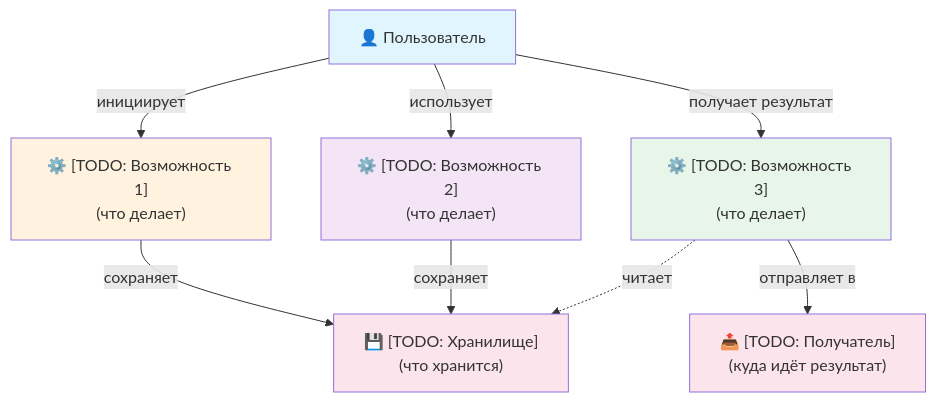
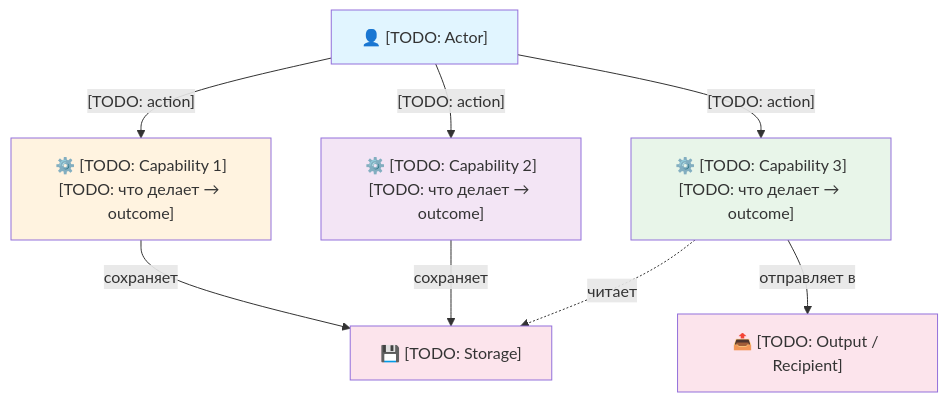
Before and after one commit to cait-solutions/it-dev-methodology: the first of 4 diagrams in templates/USER-MAP.template.md, drawn with Mermaid. The commit also changed other lines of this file and 3 other files, not shown here.

First line of the commit message:
feat(template): USER-MAP redesign 8 sections + universal action model v4.10.0

````diff
--- a/templates/USER-MAP.template.md
+++ b/templates/USER-MAP.template.md
@@ -59,21 +67,21 @@
 ```mermaid
 graph TD
-    User["👤 Пользователь"]
+    User["👤 [TODO: Actor]"]
 
-    User -->|"инициирует"| Cap1["⚙️ [TODO: Возможность 1]<br/>(что делает)"]
-    User -->|"использует"| Cap2["⚙️ [TODO: Возможность 2]<br/>(что делает)"]
-    User -->|"получает результат"| Cap3["⚙️ [TODO: Возможность 3]<br/>(что делает)"]
+    User -->|"[TODO: action]"| Cap1["⚙️ [TODO: Capability 1]<br/>[TODO: что делает → outcome]"]
+    User -->|"[TODO: action]"| Cap2["⚙️ [TODO: Capability 2]<br/>[TODO: что делает → outcome]"]
+    User -->|"[TODO: action]"| Cap3["⚙️ [TODO: Capability 3]<br/>[TODO: что делает → outcome]"]
 
-    Cap1 -->|"сохраняет"| Storage["💾 [TODO: Хранилище]<br/>(что хранится)"]
+    Cap1 -->|"сохраняет"| Storage["💾 [TODO: Storage]"]
     Cap2 -->|"сохраняет"| Storage
     Cap3 -.->|"читает"| Storage
 
-    Cap3 -->|"отправляет в"| Output["📤 [TODO: Получатель]<br/>(куда идёт результат)"]
+    Cap3 -->|"отправляет в"| Output["📤 [TODO: Output / Recipient]"]
 
     style User fill:#e1f5ff
     style Cap1 fill:#fff3e0
     style Cap2 fill:#f3e5f5
     style Cap3 fill:#e8f5e9
     style Storage fill:#fce4ec
     style Output fill:#fce4ec
 ```
````
